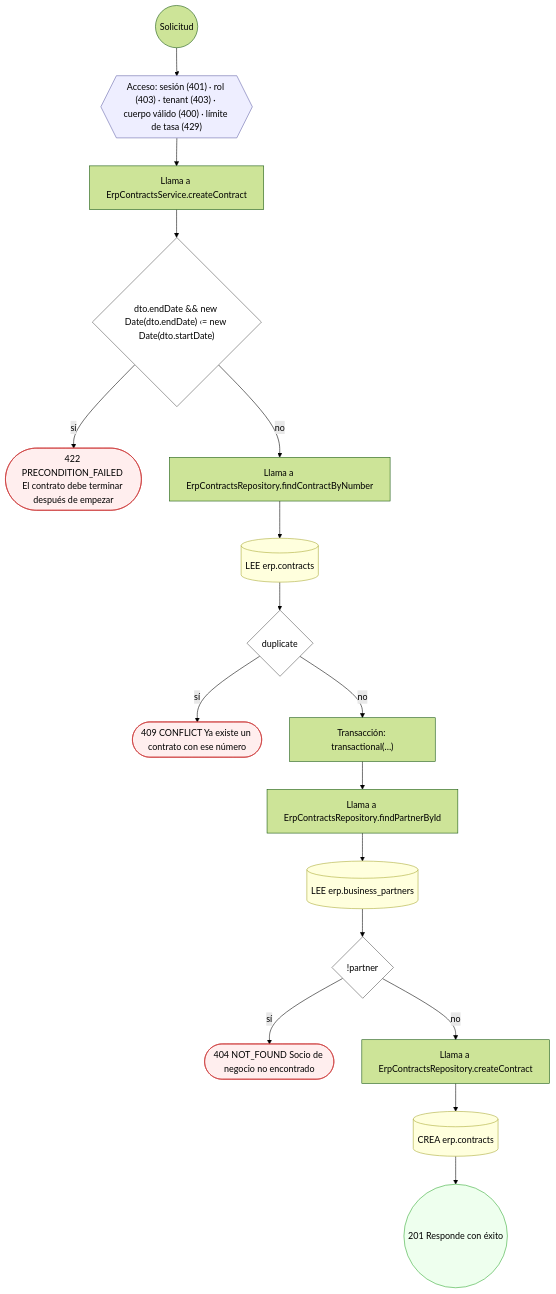
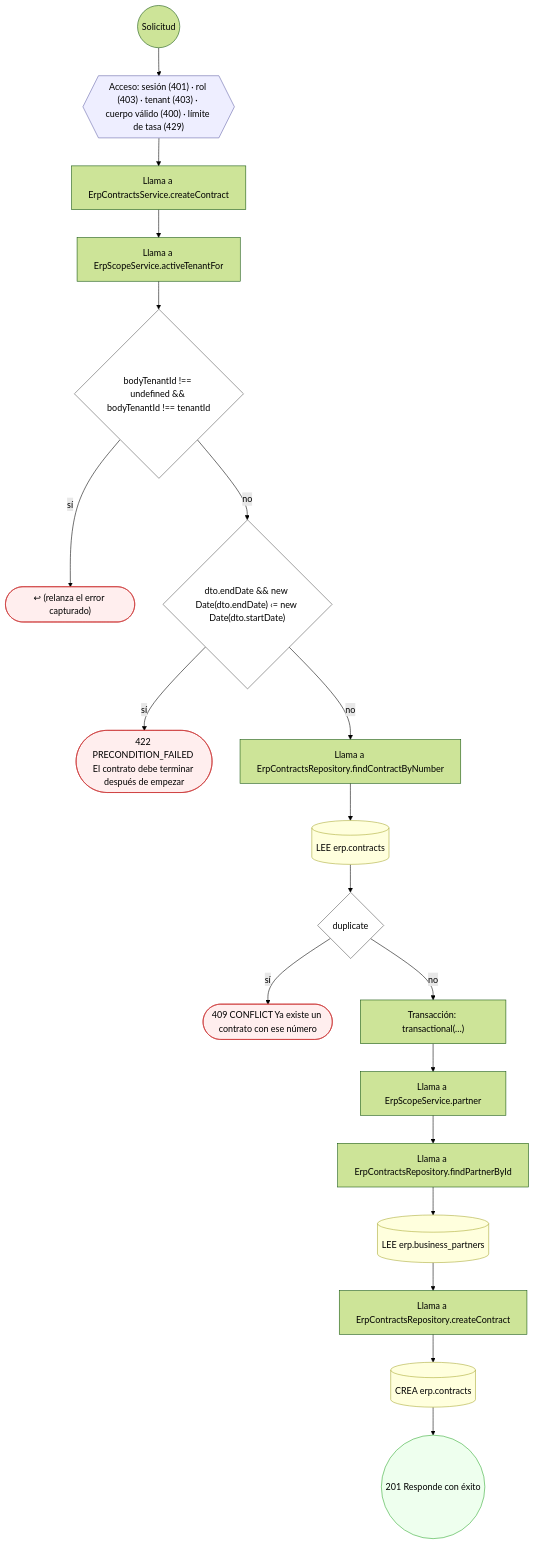
The fifth of 16 diagrams in docs/inventario/flujos/erp.md (mdavila-2001/mantra-core-health-api), drawn with Mermaid (forest theme) before and after one commit. The commit also changed other lines of this file and 438 other files, not shown here.

````diff
--- a/docs/inventario/flujos/erp.md
+++ b/docs/inventario/flujos/erp.md
@@ -391,42 +425,46 @@
 ```mermaid
 flowchart TD
   n1(("Solicitud")):::inicio
   n2{{"Acceso: sesión (401) · rol (403) · tenant (403) · cuerpo válido (400) · límite de tasa (429)"}}:::acceso
   n1 --> n2
   n3["Llama a ErpContractsService.createContract"]:::llamada
   n2 --> n3
-  n4{"dto.endDate && new Date(dto.endDate) ‹= new Date(dto.startDate)"}:::decision
+  n4["Llama a ErpScopeService.activeTenantFor"]:::llamada
   n3 --> n4
-  n5(["422 PRECONDITION_FAILED El contrato debe terminar después de empezar"]):::error
-  n4 -->|"sí"| n5
-  n6["Llama a ErpContractsRepository.findContractByNumber"]:::llamada
-  n4 -->|"no"| n6
-  n7[("LEE erp.contracts")]:::efecto
-  n6 --> n7
-  n8{"duplicate"}:::decision
-  n7 --> n8
-  n9(["409 CONFLICT Ya existe un contrato con ese número"]):::error
-  n8 -->|"sí"| n9
-  n10["Transacción: transactional(…)"]:::transaccion
-  n8 -->|"no"| n10
-  n11["Llama a ErpContractsRepository.findPartnerById"]:::llamada
+  n5{"bodyTenantId !== undefined && bodyTenantId !== tenantId"}:::decision
+  n4 --> n5
+  n6(["↩ (relanza el error capturado)"]):::error
+  n5 -->|"sí"| n6
+  n7{"dto.endDate && new Date(dto.endDate) ‹= new Date(dto.startDate)"}:::decision
+  n5 -->|"no"| n7
+  n8(["422 PRECONDITION_FAILED El contrato debe terminar después de empezar"]):::error
+  n7 -->|"sí"| n8
+  n9["Llama a ErpContractsRepository.findContractByNumber"]:::llamada
+  n7 -->|"no"| n9
+  n10[("LEE erp.contracts")]:::efecto
+  n9 --> n10
+  n11{"duplicate"}:::decision
   n10 --> n11
-  n12[("LEE erp.business_partners")]:::efecto
-  n11 --> n12
-  n13{"!partner"}:::decision
-  n12 --> n13
-  n14(["404 NOT_FOUND Socio de negocio no encontrado"]):::error
-  n13 -->|"sí"| n14
-  n15["Llama a ErpContractsRepository.createContract"]:::llamada
-  n13 -->|"no"| n15
-  n16[("CREA erp.contracts")]:::efecto
+  n12(["409 CONFLICT Ya existe un contrato con ese número"]):::error
+  n11 -->|"sí"| n12
+  n13["Transacción: transactional(…)"]:::transaccion
+  n11 -->|"no"| n13
+  n14["Llama a ErpScopeService.partner"]:::llamada
+  n13 --> n14
+  n15["Llama a ErpContractsRepository.findPartnerById"]:::llamada
+  n14 --> n15
+  n16[("LEE erp.business_partners")]:::efecto
   n15 --> n16
-  n17(("201 Responde con éxito")):::ok
+  n17["Llama a ErpContractsRepository.createContract"]:::llamada
   n16 --> n17
+  n18[("CREA erp.contracts")]:::efecto
+  n17 --> n18
+  n19(("201 Responde con éxito")):::ok
+  n18 --> n19
   classDef acceso fill:#eef,stroke:#66a
   classDef error fill:#fee,stroke:#c33
   classDef ok fill:#efe,stroke:#3a3
   classDef efecto fill:#ffd,stroke:#aa3
   classDef decision fill:#fff,stroke:#555
   classDef corte fill:#eee,stroke:#999,stroke-dasharray: 4
 ```
````
